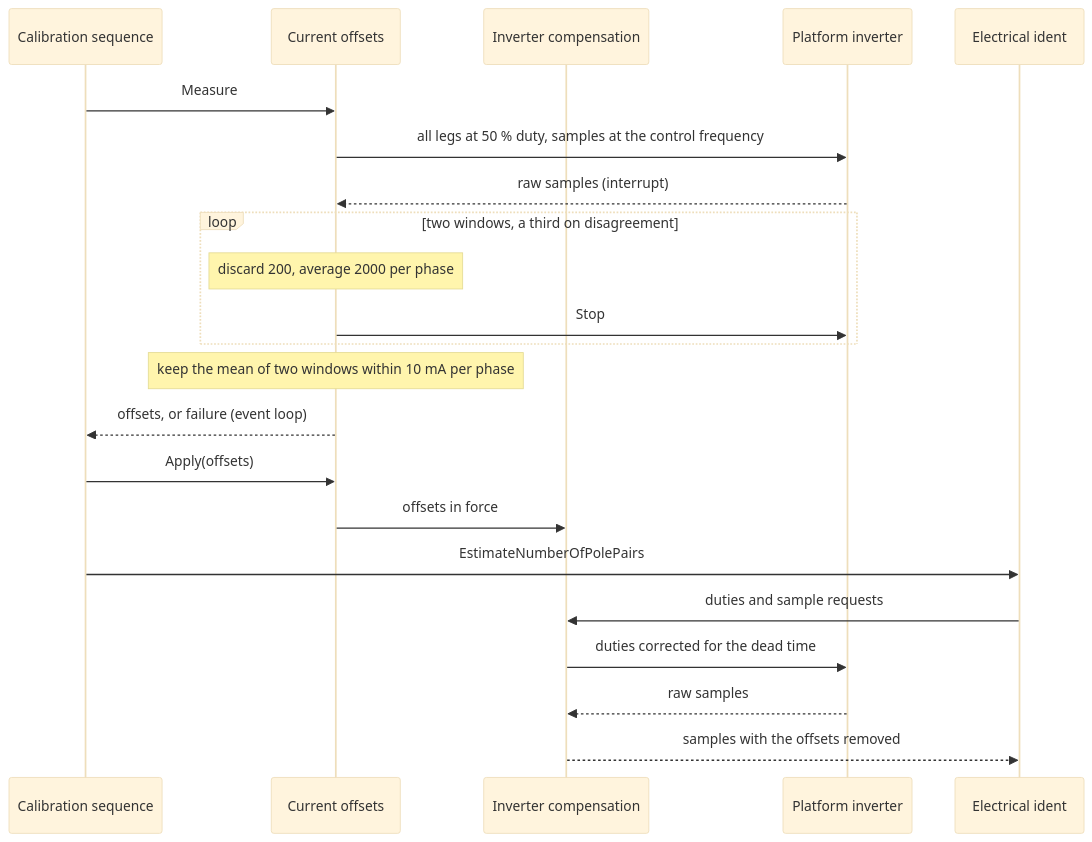
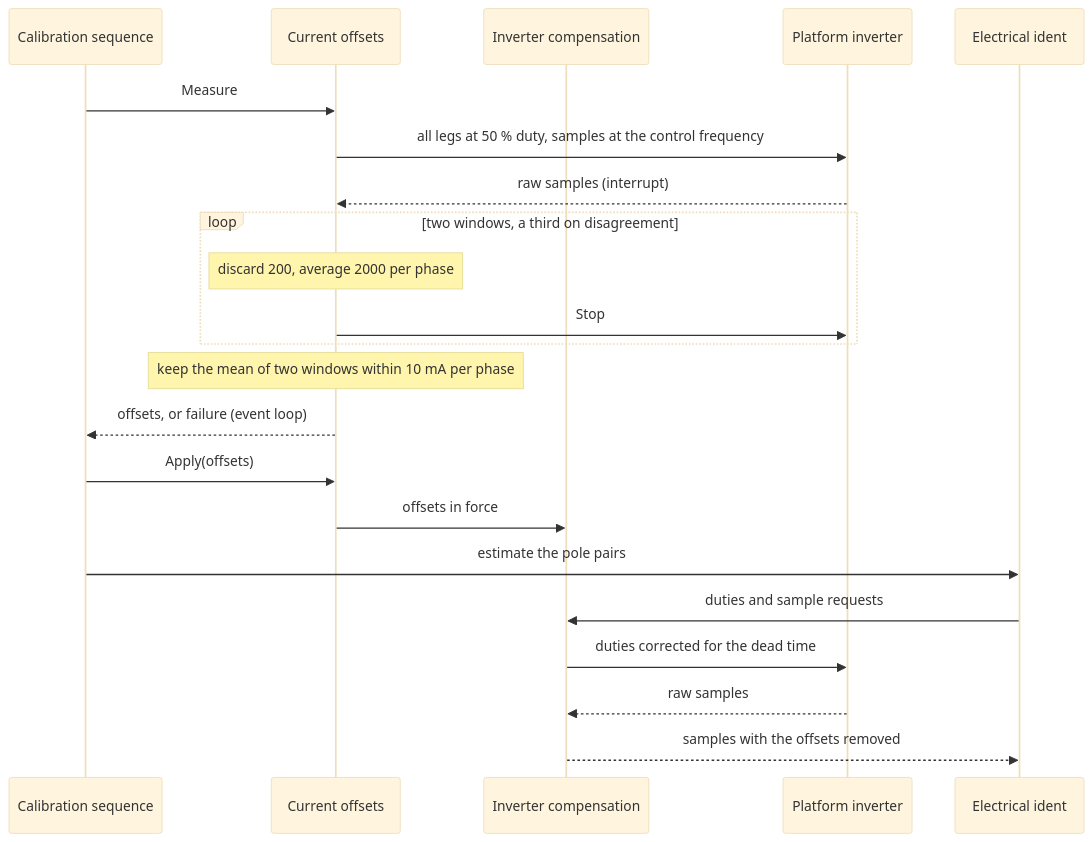
One commit to embedded-pro/e-foc changed the diagram in documentation/design/service-current-offsets.md. Above: the diagram before and after it, drawn with Mermaid (base theme). The commit also changed other lines of this file and 37 other files, not shown here.

````diff
--- a/documentation/design/service-current-offsets.md
+++ b/documentation/design/service-current-offsets.md
@@ -141,25 +139,25 @@
 ```mermaid
 sequenceDiagram
     participant SM as Calibration sequence
     participant CO as Current offsets
     participant IC as Inverter compensation
     participant INV as Platform inverter
     participant EI as Electrical ident
 
     SM->>CO: Measure
     CO->>INV: all legs at 50 % duty, samples at the control frequency
     INV-->>CO: raw samples (interrupt)
     loop two windows, a third on disagreement
         note over CO: discard 200, average 2000 per phase
         CO->>INV: Stop
     end
     note over CO: keep the mean of two windows within 10 mA per phase
     CO-->>SM: offsets, or failure (event loop)
     SM->>CO: Apply(offsets)
     CO->>IC: offsets in force
-    SM->>EI: EstimateNumberOfPolePairs
+    SM->>EI: estimate the pole pairs
     EI->>IC: duties and sample requests
     IC->>INV: duties corrected for the dead time
     INV-->>IC: raw samples
     IC-->>EI: samples with the offsets removed
 ```
````
